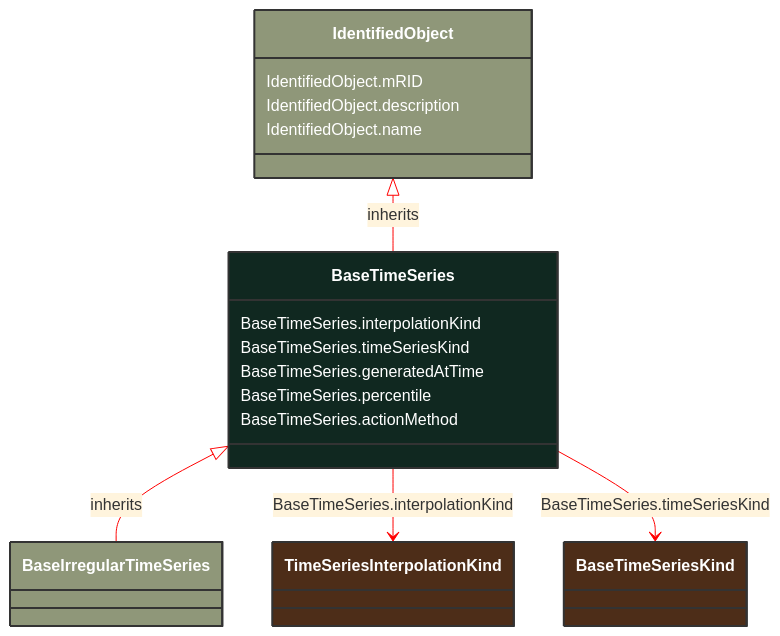
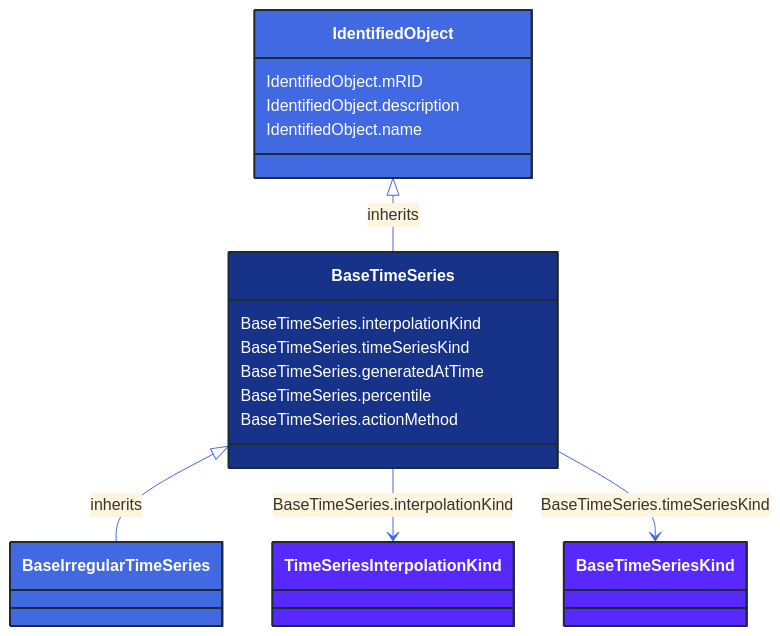
Before and after one commit to 3lbits/NoCIMExtensions: the diagram in docs/Models/Profiles/GridCapacity/AbstractClasses/BaseTimeSeries.md, drawn with Mermaid. The commit also changed 362 other files, not shown here.

First line of the commit message:
Update diagrams and styles for improved visual consistency

````diff
--- a/docs/Models/Profiles/GridCapacity/AbstractClasses/BaseTimeSeries.md
+++ b/docs/Models/Profiles/GridCapacity/AbstractClasses/BaseTimeSeries.md
@@ -10,38 +10,38 @@
 ```mermaid
-%%{init: {'theme':'base','themeVariables': {'lineColor': '#FF0000'}}}%%
+%%{init: {'theme':'base','themeVariables': {'lineColor': '#4169E1'}}}%%
 classDiagram
     class BaseTimeSeries
     click BaseTimeSeries href "/Models/Profiles/GridCapacity/AbstractClasses/BaseTimeSeries/"
-    style BaseTimeSeries fill:#102820,stroke:#333,stroke-width:2px,rx:10,ry:10,color:white
+    style BaseTimeSeries fill:#163289,stroke:#1F2A37,stroke-width:2px,rx:10,ry:10,color:white
 
         BaseTimeSeries <|-- BaseIrregularTimeSeries : inherits
 
         BaseIrregularTimeSeries
             click BaseIrregularTimeSeries href "/Models/Profiles/GridCapacity/AbstractClasses/BaseIrregularTimeSeries/"
-            style BaseIrregularTimeSeries fill:#8F9779,stroke:#333,stroke-width:2px,rx:10,ry:10,color:white
+            style BaseIrregularTimeSeries fill:#4169E1,stroke:#1F2A37,stroke-width:2px,rx:10,ry:10,color:white
      
         IdentifiedObject <|-- BaseTimeSeries : inherits
             click IdentifiedObject href "/Models/Profiles/GridCapacity/AbstractClasses/IdentifiedObject/"
-            style IdentifiedObject fill:#8F9779,stroke:#333,stroke-width:2px,rx:10,ry:10,color:white
+            style IdentifiedObject fill:#4169E1,stroke:#1F2A37,stroke-width:2px,rx:10,ry:10,color:white
 
 
         BaseTimeSeries --> TimeSeriesInterpolationKind : BaseTimeSeries.interpolationKind
 
         TimeSeriesInterpolationKind
             click TimeSeriesInterpolationKind href "/Models/Profiles/GridCapacity/Enumerations/TimeSeriesInterpolationKind/"
-            style TimeSeriesInterpolationKind fill:#4D2D18,stroke:#333,stroke-width:2px,rx:10,ry:10,color:white
+            style TimeSeriesInterpolationKind fill:#5729FF,stroke:#1F2A37,stroke-width:2px,rx:10,ry:10,color:white
         BaseTimeSeries --> BaseTimeSeriesKind : BaseTimeSeries.timeSeriesKind
 
         BaseTimeSeriesKind
             click BaseTimeSeriesKind href "/Models/Profiles/GridCapacity/Enumerations/BaseTimeSeriesKind/"
-            style BaseTimeSeriesKind fill:#4D2D18,stroke:#333,stroke-width:2px,rx:10,ry:10,color:white
+            style BaseTimeSeriesKind fill:#5729FF,stroke:#1F2A37,stroke-width:2px,rx:10,ry:10,color:white
 
         BaseTimeSeries : BaseTimeSeries.interpolationKind
         BaseTimeSeries : BaseTimeSeries.timeSeriesKind
         BaseTimeSeries : BaseTimeSeries.generatedAtTime
         BaseTimeSeries : BaseTimeSeries.percentile
         BaseTimeSeries : BaseTimeSeries.actionMethod
         IdentifiedObject : IdentifiedObject.mRID
         IdentifiedObject : IdentifiedObject.description
         IdentifiedObject : IdentifiedObject.name
 ```
````
